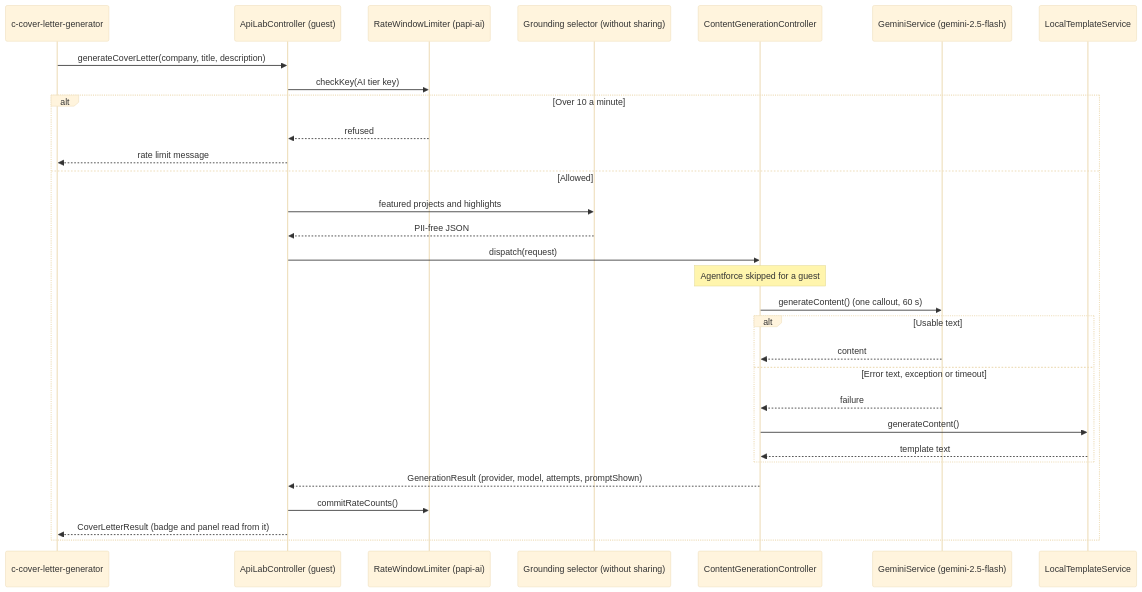
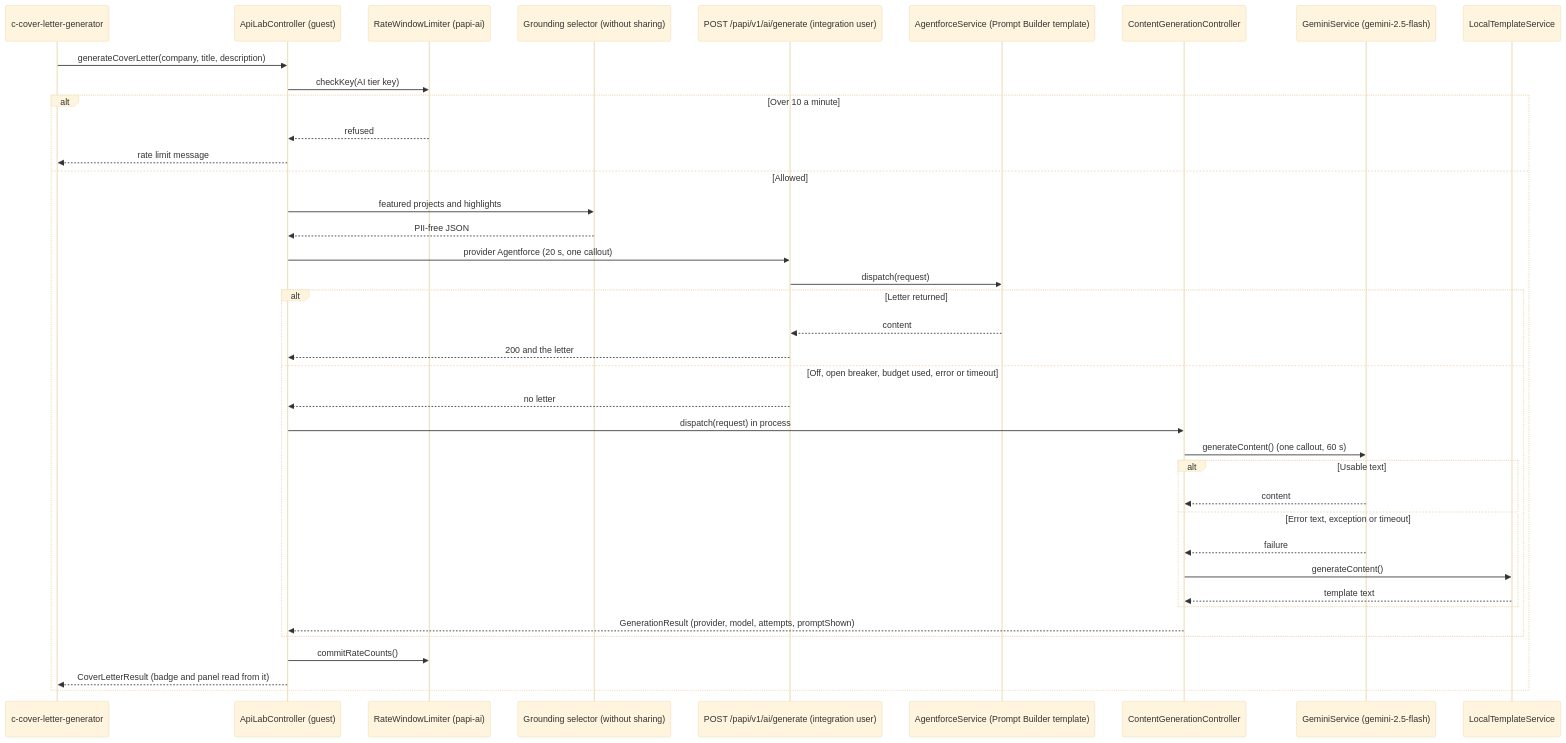
Before and after one commit to rdbumstead/salesforce-platform-architect-portfolio: the fourth of 5 diagrams in docs/guides/03-SAS.md, drawn with Mermaid (base theme). The commit also changed other lines of this file and 3 other files, not shown here.

Commit message:
docs(guides): describe Agentforce, the career line, the Home link and CI rendered diagrams

````diff
--- a/docs/guides/03-SAS.md
+++ b/docs/guides/03-SAS.md
@@ -413,33 +414,42 @@
 ```mermaid
 sequenceDiagram
     participant Page as c-cover-letter-generator
     participant Lab as ApiLabController (guest)
     participant Limiter as RateWindowLimiter (papi-ai)
     participant Grounding as Grounding selector (without sharing)
+    participant API as POST /papi/v1/ai/generate (integration user)
+    participant Agent as AgentforceService (Prompt Builder template)
     participant Dispatcher as ContentGenerationController
     participant Gemini as GeminiService (gemini-2.5-flash)
     participant Local as LocalTemplateService
 
     Page->>Lab: generateCoverLetter(company, title, description)
     Lab->>Limiter: checkKey(AI tier key)
     alt Over 10 a minute
         Limiter-->>Lab: refused
         Lab-->>Page: rate limit message
     else Allowed
         Lab->>Grounding: featured projects and highlights
         Grounding-->>Lab: PII-free JSON
-        Lab->>Dispatcher: dispatch(request)
-        Note over Dispatcher: Agentforce skipped for a guest
-        Dispatcher->>Gemini: generateContent() (one callout, 60 s)
-        alt Usable text
-            Gemini-->>Dispatcher: content
-        else Error text, exception or timeout
-            Gemini-->>Dispatcher: failure
-            Dispatcher->>Local: generateContent()
-            Local-->>Dispatcher: template text
+        Lab->>API: provider Agentforce (20 s, one callout)
+        API->>Agent: dispatch(request)
+        alt Letter returned
+            Agent-->>API: content
+            API-->>Lab: 200 and the letter
+        else Off, open breaker, budget used, error or timeout
+            API-->>Lab: no letter
+            Lab->>Dispatcher: dispatch(request) in process
+            Dispatcher->>Gemini: generateContent() (one callout, 60 s)
+            alt Usable text
+                Gemini-->>Dispatcher: content
+            else Error text, exception or timeout
+                Gemini-->>Dispatcher: failure
+                Dispatcher->>Local: generateContent()
+                Local-->>Dispatcher: template text
+            end
+            Dispatcher-->>Lab: GenerationResult (provider, model, attempts, promptShown)
         end
-        Dispatcher-->>Lab: GenerationResult (provider, model, attempts, promptShown)
         Lab->>Limiter: commitRateCounts()
         Lab-->>Page: CoverLetterResult (badge and panel read from it)
     end
 ```
````
